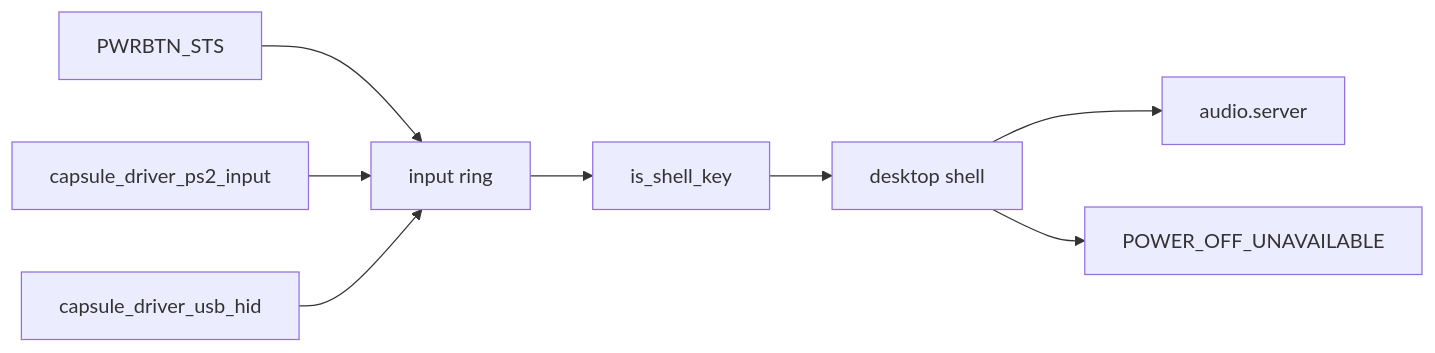
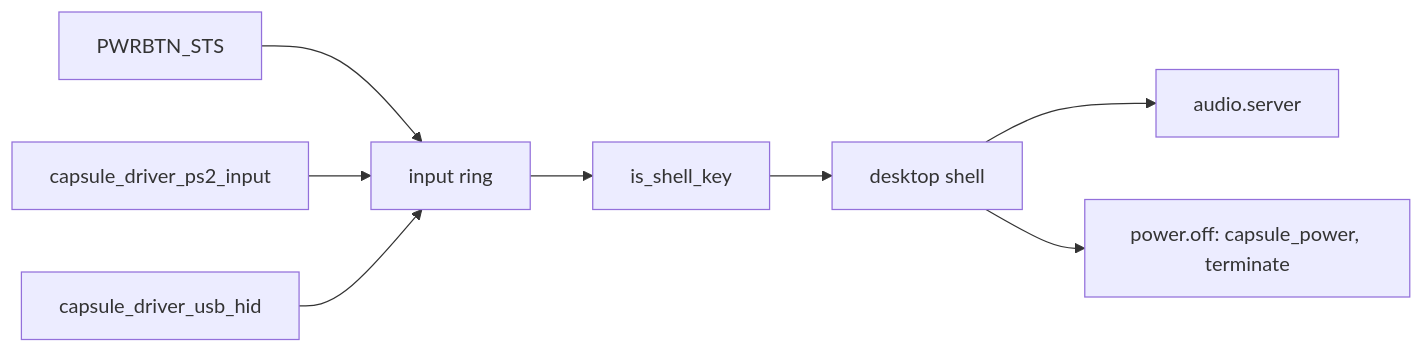
The diagram in docs/drivers/platform-acpi-power-button.md (NON-OS/microkernel), drawn with Mermaid before and after one commit. The commit also changed other lines of this file, not shown here.

Commit message:
docs: the Power key and the desktop's Power Off reach capsule_power's power.off and terminate, no longer "not available"

````diff
--- a/docs/drivers/platform-acpi-power-button.md
+++ b/docs/drivers/platform-acpi-power-button.md
@@ -17,10 +17,10 @@
 ```mermaid
 flowchart LR
     A[PWRBTN_STS] --> R[input ring]
     P[capsule_driver_ps2_input] --> R
     U[capsule_driver_usb_hid] --> R
     R --> I[is_shell_key]
     I --> S[desktop shell]
     S --> V[audio.server]
-    S --> T[POWER_OFF_UNAVAILABLE]
+    S --> O[power.off: capsule_power, terminate]
 ```
````
